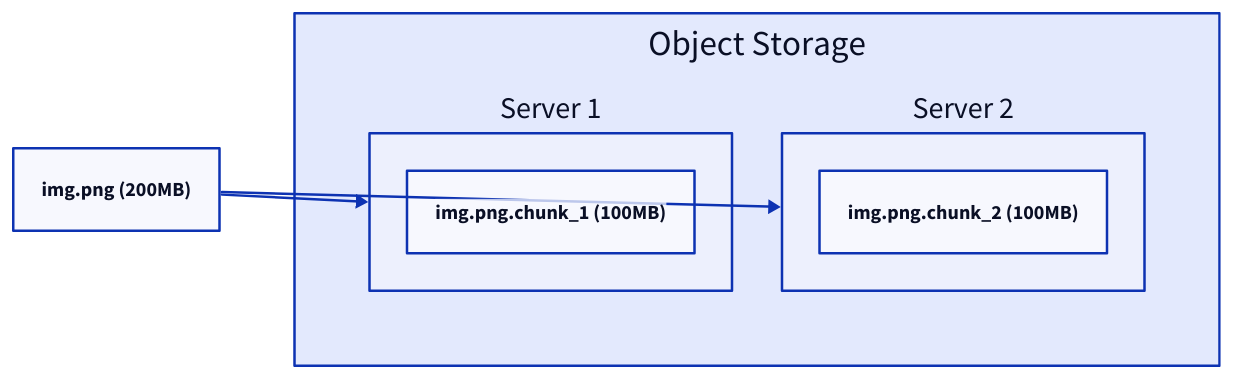
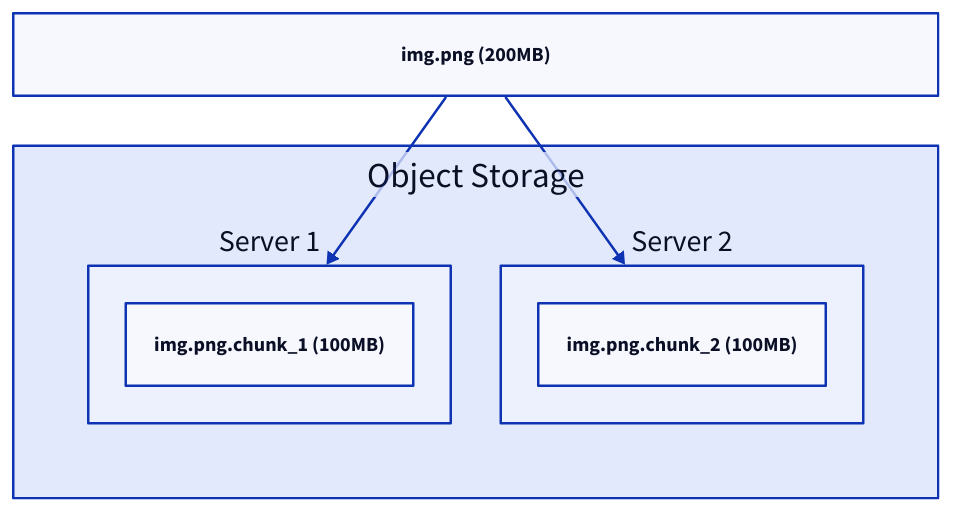
The sixth of 19 diagrams in content/docs/data-persistence/media-storage.md (link1905/system-design-101), drawn with D2 before and after one commit. The commit also changed other lines of this file and 40 other files, not shown here.

````diff
--- a/content/docs/data-persistence/media-storage.md
+++ b/content/docs/data-persistence/media-storage.md
@@ -168,20 +178,21 @@
 ```d2
+grid-rows: 2
 f: "img.png (200MB)" {
   class: file
 }
 o: Object Storage {
   grid-rows: 1
   s1: Server 1 {
     "img.png.chunk_1 (100MB)" {
       class: file
     }
   }
   s2: Server 2 {
     "img.png.chunk_2 (100MB)" {
       class: file
     }
   }
 }
 f -> o.s1
 f -> o.s2
 ```
````
